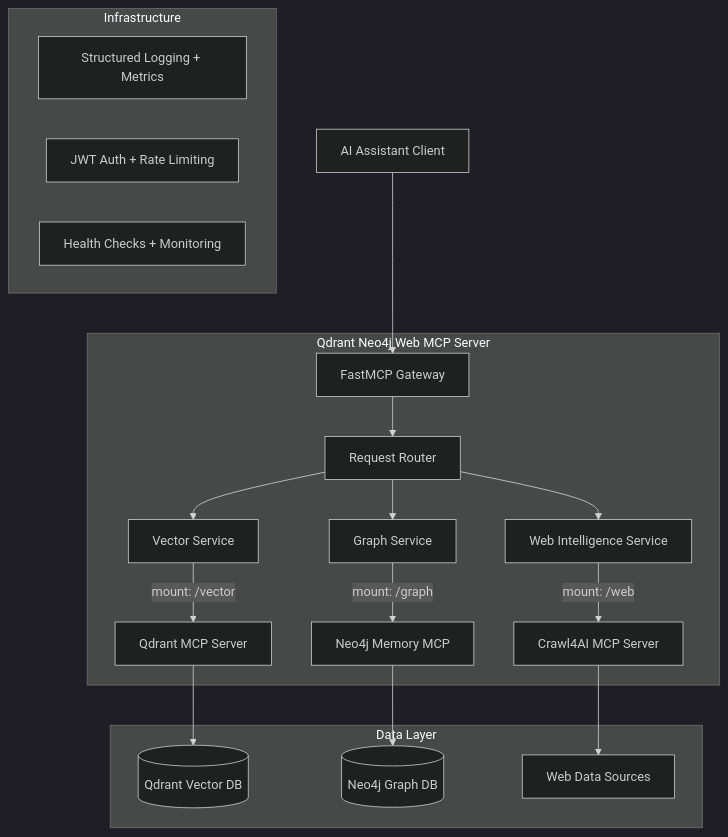
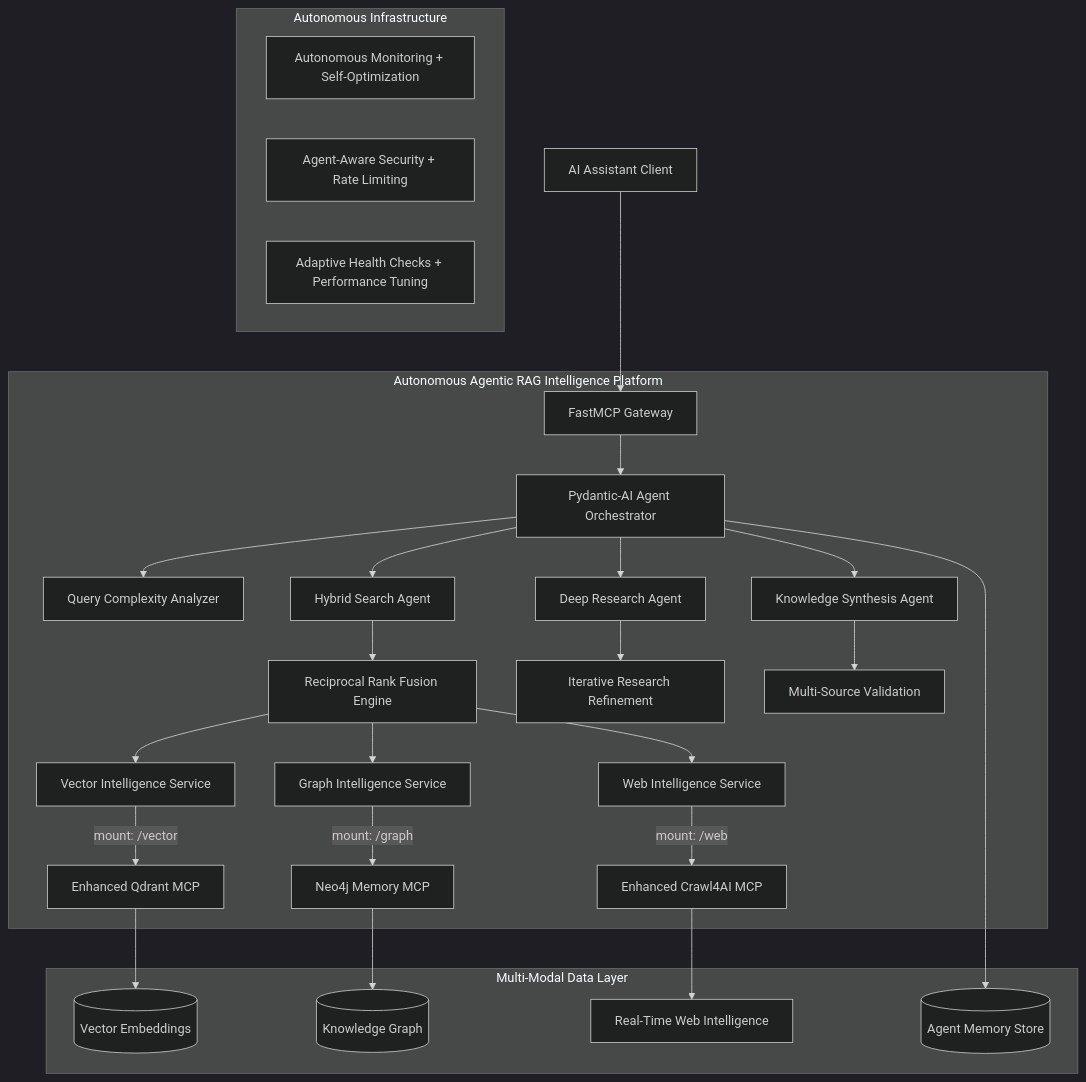
One commit to Hyperkorn/qdrant-neo4j-crawl4ai-mcp changed the diagram in docs/research/PRD.md. Above: the diagram before and after it, drawn with Mermaid (dark theme). The commit also changed other lines of this file, not shown here.

First line of the commit message:
feat: integrate comprehensive Agentic RAG intelligence into PRD (#10)

````diff
--- a/docs/research/PRD.md
+++ b/docs/research/PRD.md
@@ -41,27 +45,37 @@
 ```mermaid
 graph TB
     Client[AI Assistant Client] --> Gateway[FastMCP Gateway]
     
-    subgraph "Qdrant Neo4j Web MCP Server"
-        Gateway --> Router[Request Router]
-        Router --> Vector[Vector Service]
-        Router --> Graph[Graph Service] 
-        Router --> Web[Web Intelligence Service]
+    subgraph "Autonomous Agentic RAG Intelligence Platform"
+        Gateway --> AgentOrchestrator[Pydantic-AI Agent Orchestrator]
+        AgentOrchestrator --> QueryAnalyzer[Query Complexity Analyzer]
+        AgentOrchestrator --> HybridSearchAgent[Hybrid Search Agent]
+        AgentOrchestrator --> ResearchAgent[Deep Research Agent]
+        AgentOrchestrator --> SynthesisAgent[Knowledge Synthesis Agent]
         
-        Vector --> |mount: /vector| QdrantMCP[Qdrant MCP Server]
+        HybridSearchAgent --> RRFusion[Reciprocal Rank Fusion Engine]
+        RRFusion --> Vector[Vector Intelligence Service]
+        RRFusion --> Graph[Graph Intelligence Service] 
+        RRFusion --> Web[Web Intelligence Service]
+        
+        Vector --> |mount: /vector| QdrantMCP[Enhanced Qdrant MCP]
         Graph --> |mount: /graph| Neo4jMCP[Neo4j Memory MCP]
-        Web --> |mount: /web| Crawl4AIMCP[Crawl4AI MCP Server]
+        Web --> |mount: /web| EnhancedCrawl4AI[Enhanced Crawl4AI MCP]
+        
+        ResearchAgent --> IterativeRefinement[Iterative Research Refinement]
+        SynthesisAgent --> HallucinationValidation[Multi-Source Validation]
     end
     
-    subgraph "Data Layer"
-        QdrantMCP --> QdrantDB[(Qdrant Vector DB)]
-        Neo4jMCP --> Neo4jDB[(Neo4j Graph DB)]
-        Crawl4AIMCP --> WebSources[Web Data Sources]
+    subgraph "Multi-Modal Data Layer"
+        QdrantMCP --> QdrantDB[(Vector Embeddings)]
+        Neo4jMCP --> Neo4jDB[(Knowledge Graph)]
+        EnhancedCrawl4AI --> WebIntelligence[Real-Time Web Intelligence]
+        AgentOrchestrator --> AgentMemory[(Agent Memory Store)]
     end
     
-    subgraph "Infrastructure"
-        Monitoring[Structured Logging + Metrics]
-        Security[JWT Auth + Rate Limiting]
-        Health[Health Checks + Monitoring]
+    subgraph "Autonomous Infrastructure"
+        SelfMonitoring[Autonomous Monitoring + Self-Optimization]
+        IntelligentSecurity[Agent-Aware Security + Rate Limiting]
+        AdaptiveHealth[Adaptive Health Checks + Performance Tuning]
     end
 ```
````
